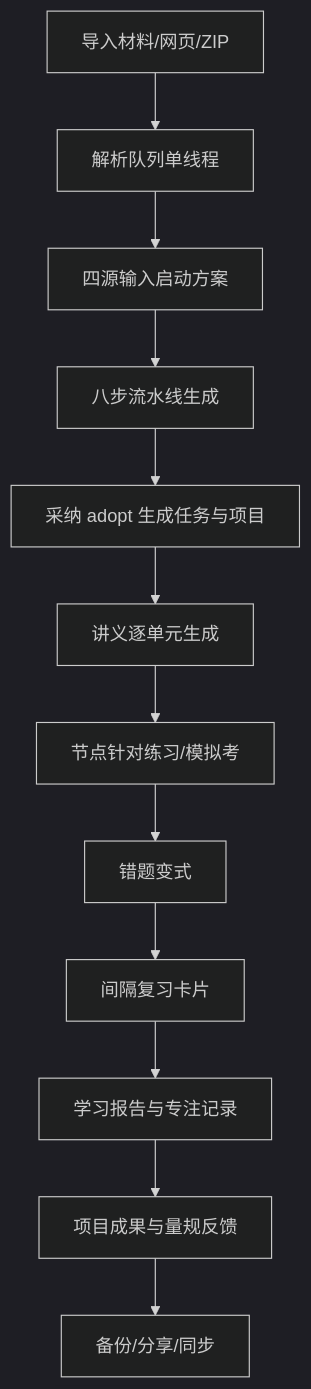
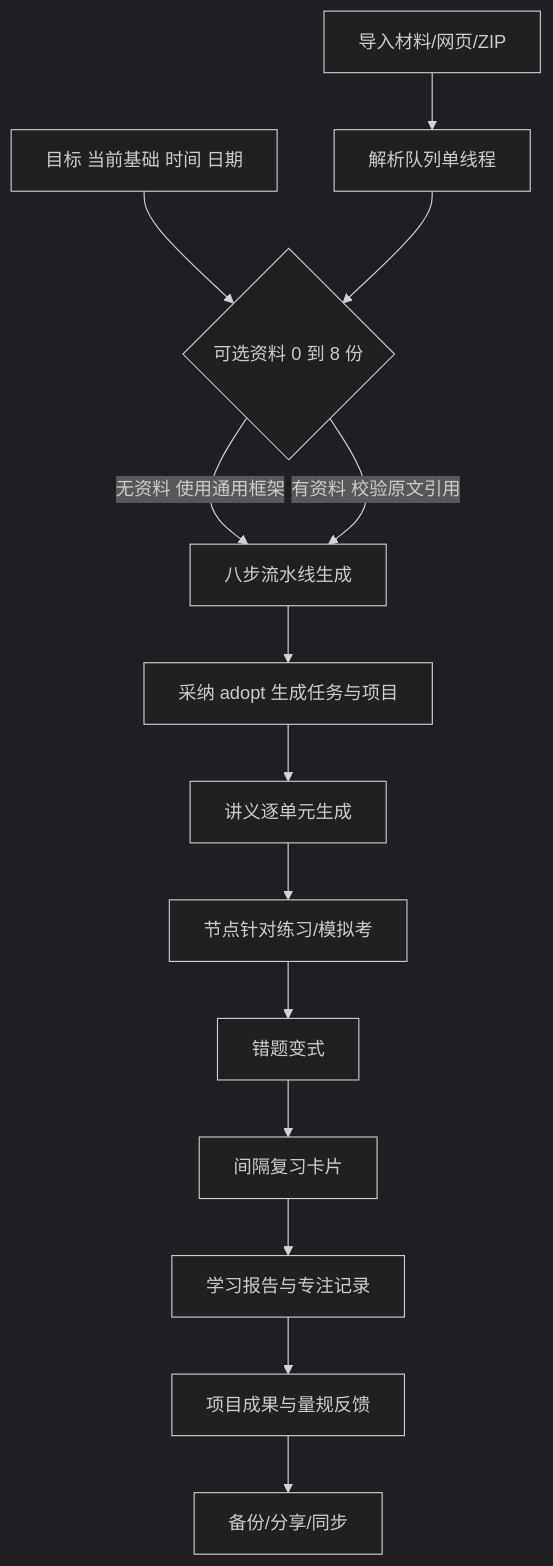
The second of 11 diagrams in docs/architecture/03-workflow.md (hershate/Deep-tutor), drawn with Mermaid (dark theme) before and after one commit. The commit also changed other lines of this file and 17 other files, not shown here.

````diff
--- a/docs/architecture/03-workflow.md
+++ b/docs/architecture/03-workflow.md
@@ -52,14 +52,16 @@
 ```mermaid
 flowchart TD
-    A[导入材料/网页/ZIP] --> B[解析队列单线程]
-    B --> C[四源输入启动方案]
-    C --> D[八步流水线生成]
+    A[目标 当前基础 时间 日期] --> C{可选资料 0 到 8 份}
+    B[导入材料/网页/ZIP] --> Q[解析队列单线程]
+    Q --> C
+    C -->|无资料 使用通用框架| D[八步流水线生成]
+    C -->|有资料 校验原文引用| D
     D --> E[采纳 adopt 生成任务与项目]
     E --> F[讲义逐单元生成]
     F --> G[节点针对练习/模拟考]
     G --> H[错题变式]
     H --> I[间隔复习卡片]
     I --> J[学习报告与专注记录]
     J --> K[项目成果与量规反馈]
     K --> L[备份/分享/同步]
 ```
````
